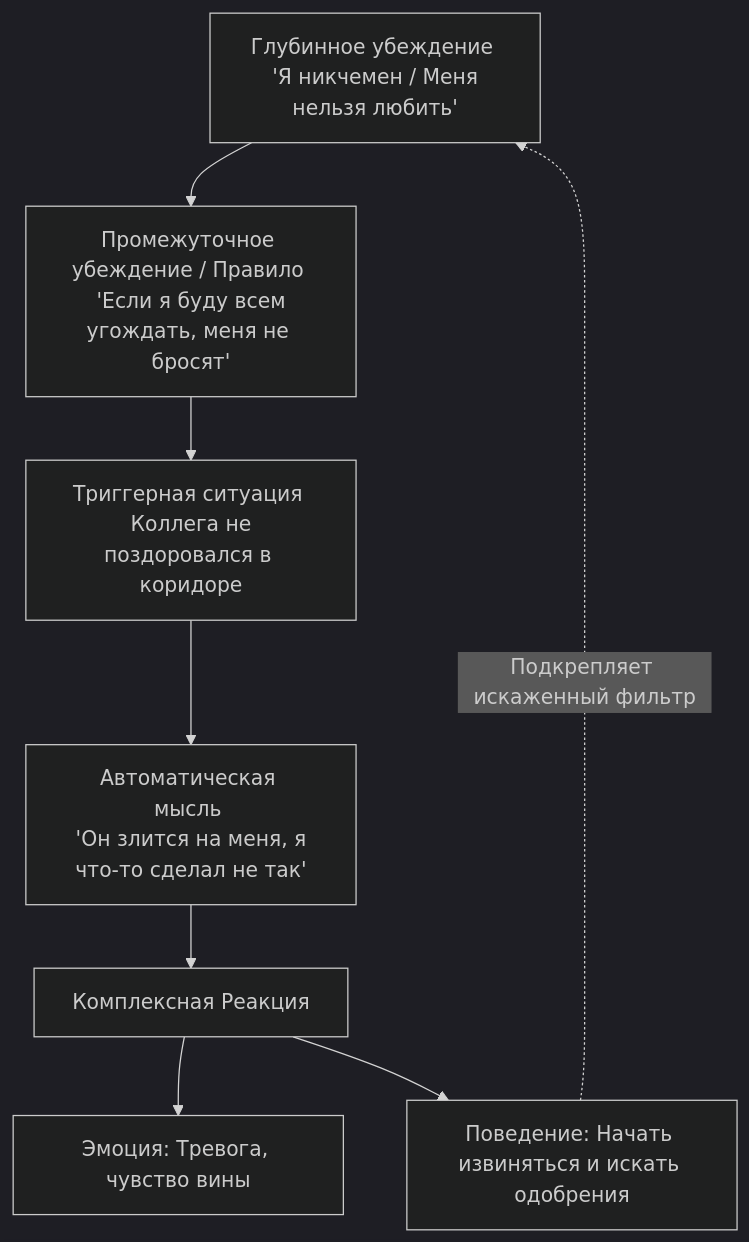
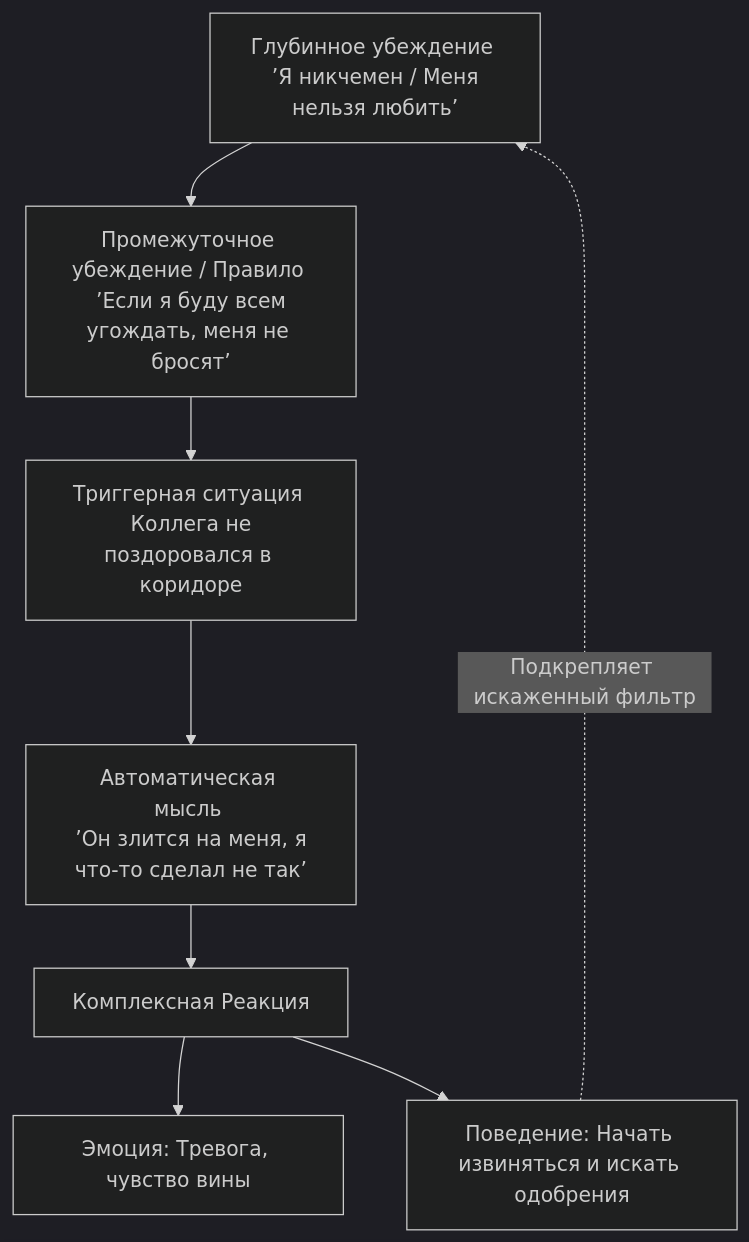
The diagram in content/articles/psychology/cbt/glubinnye-i-promezhutochnye-ubezhdeniya-kpt-guide.mdx (becasualle/vimutti), drawn with Mermaid (dark theme) before and after one commit. The commit also changed 14 other files, not shown here.

Commit message:
fixed mermaid

````diff
--- a/content/articles/psychology/cbt/glubinnye-i-promezhutochnye-ubezhdeniya-kpt-guide.mdx
+++ b/content/articles/psychology/cbt/glubinnye-i-promezhutochnye-ubezhdeniya-kpt-guide.mdx
@@ -69,10 +69,10 @@
 ```mermaid
 graph TD
-    A[Глубинное убеждение <br> 'Я никчемен / Меня нельзя любить'] --> B[Промежуточное убеждение / Правило <br> 'Если я буду всем угождать, меня не бросят']
+    A[Глубинное убеждение <br> ’Я никчемен / Меня нельзя любить’] --> B[Промежуточное убеждение / Правило <br> ’Если я буду всем угождать, меня не бросят’]
     B --> C[Триггерная ситуация <br> Коллега не поздоровался в коридоре]
-    C --> D[Автоматическая мысль <br> 'Он злится на меня, я что-то сделал не так']
+    C --> D[Автоматическая мысль <br> ’Он злится на меня, я что-то сделал не так’]
     D --> E[Комплексная Реакция]
     E --> F[Эмоция: Тревога, чувство вины]
     E --> G[Поведение: Начать извиняться и искать одобрения]
     G -. Подкрепляет искаженный фильтр .-> A
 ```
````
